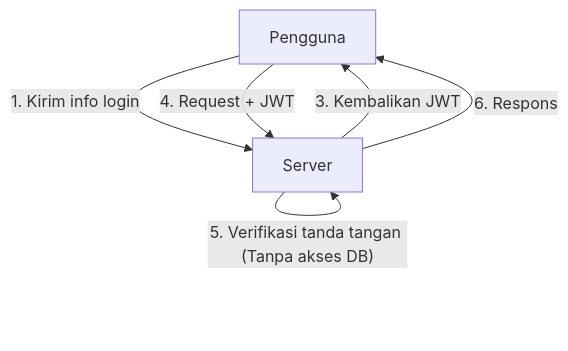
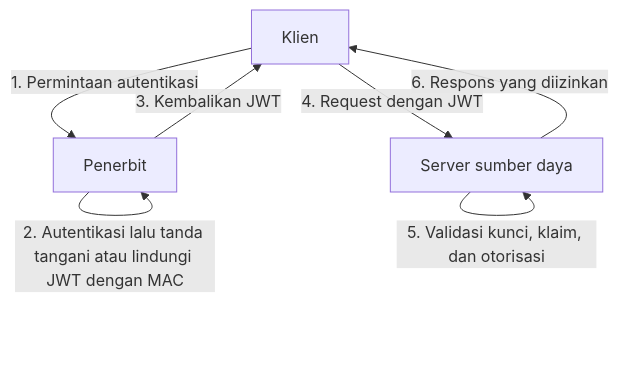
One commit to kenjinote/blog changed the second of 3 diagrams in content/post/jwt-json-web-token-security-risks/index.id.md. Above: the diagram before and after it, drawn with Mermaid. The commit also changed other lines of this file and 8 other files, not shown here.

````diff
--- a/content/post/jwt-json-web-token-security-risks/index.id.md
+++ b/content/post/jwt-json-web-token-security-risks/index.id.md
@@ -47,9 +42,9 @@
 ```mermaid
 graph TD
-    A["Pengguna"] -- "1. Kirim info login" --> B["Server"]
-    B -- "2. Verifikasi & buat JWT (Tanda tangan)" --> B
+    A["Klien"] -- "1. Permintaan autentikasi" --> B["Penerbit"]
+    B -- "2. Autentikasi lalu tanda tangani atau lindungi JWT dengan MAC" --> B
     B -- "3. Kembalikan JWT" --> A
-    A -- "4. Request + JWT" --> B
-    B -- "5. Verifikasi tanda tangan (Tanpa akses DB)" --> B
-    B -- "6. Respons" --> A
+    A -- "4. Request dengan JWT" --> C["Server sumber daya"]
+    C -- "5. Validasi kunci, klaim, dan otorisasi" --> C
+    C -- "6. Respons yang diizinkan" --> A
 ```
````
